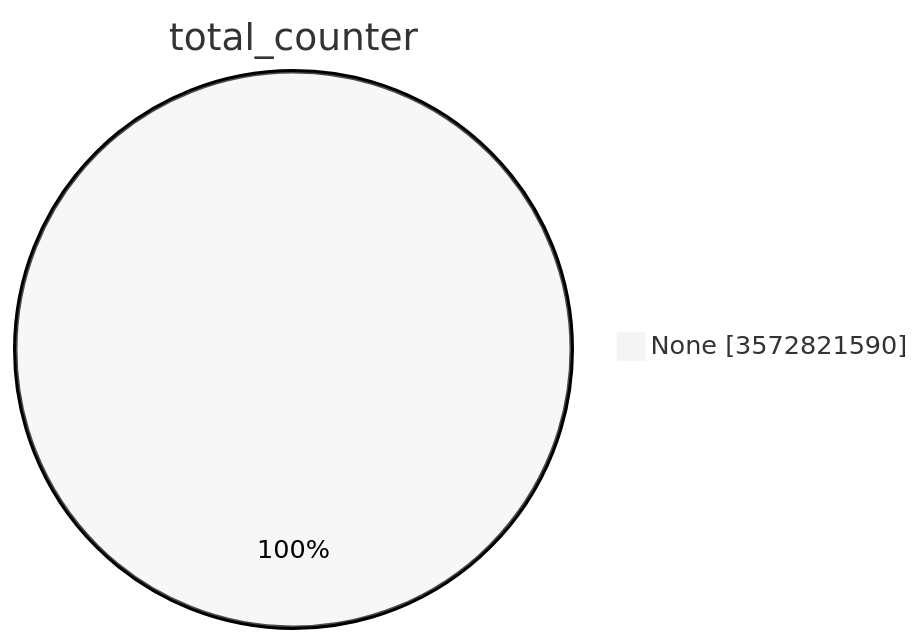
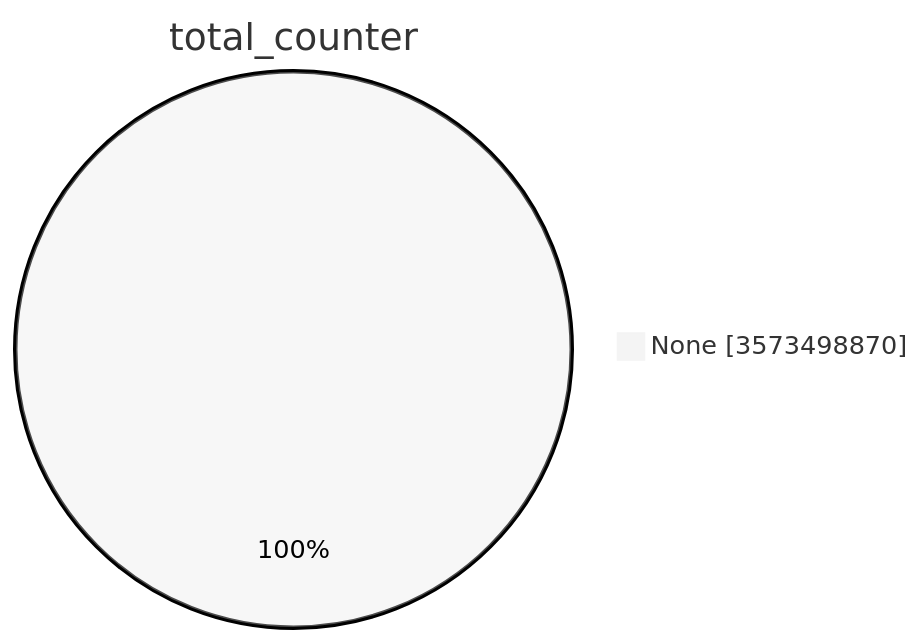
Before and after one commit to christiankrug/ctmonitor_visualization: the first of 15 diagrams in TOTAL/README.md, drawn with Mermaid (neutral theme). The commit also changed other lines of this file, not shown here.

````diff
--- a/TOTAL/README.md
+++ b/TOTAL/README.md
@@ -1,5 +1,5 @@
 ```mermaid
 pie showData
 title total_counter
-"None" :3572821590
+"None" :3573498870
 ```
````
